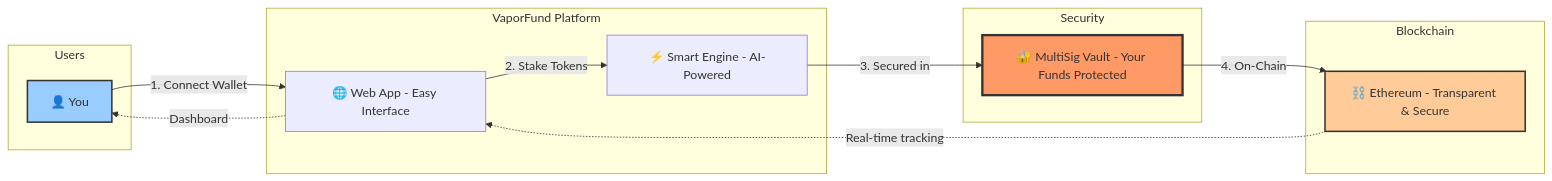
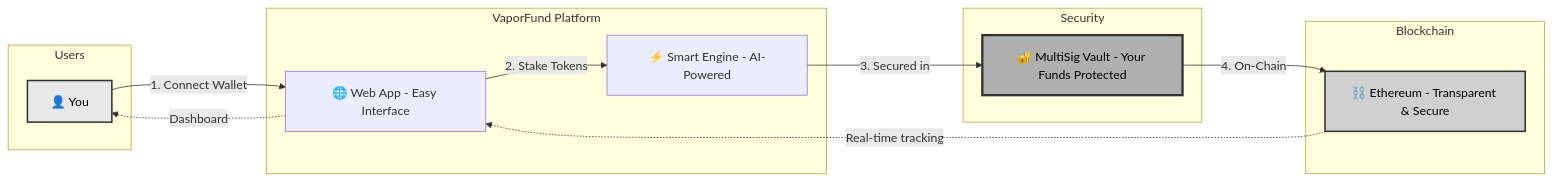
Before and after one commit to VaporFund/vapor-staking-platform-docs: the first of 13 diagrams in ARCHITECTURE.md, drawn with Mermaid. The commit also changed other lines of this file and 1 other file, not shown here.

First line of the commit message:
docs: enhance ARCHITECTURE.md with explanations and grayscale styling

````diff
--- a/ARCHITECTURE.md
+++ b/ARCHITECTURE.md
@@ -11,30 +11,30 @@
 ```mermaid
 graph LR
     subgraph Users
         U["👤 You"]
     end
 
     subgraph Platform["VaporFund Platform"]
         WEB["🌐 Web App - Easy Interface"]
         API["⚡ Smart Engine - AI-Powered"]
     end
 
     subgraph Security
         SAFE["🔐 MultiSig Vault - Your Funds Protected"]
     end
 
     subgraph Blockchain
         ETH["⛓️ Ethereum - Transparent & Secure"]
     end
 
     U -->|1. Connect Wallet| WEB
     WEB -->|2. Stake Tokens| API
     API -->|3. Secured in| SAFE
     SAFE -->|4. On-Chain| ETH
     ETH -.Real-time tracking.-> WEB
     WEB -.Dashboard.-> U
 
-    style U fill:#9cf,stroke:#333,stroke-width:2px
-    style SAFE fill:#f96,stroke:#333,stroke-width:3px
-    style ETH fill:#fc9,stroke:#333,stroke-width:2px
+    style U fill:#e8e8e8,stroke:#333,stroke-width:2px,color:#000
+    style SAFE fill:#b0b0b0,stroke:#333,stroke-width:3px,color:#000
+    style ETH fill:#d0d0d0,stroke:#333,stroke-width:2px,color:#000
 ```
````
